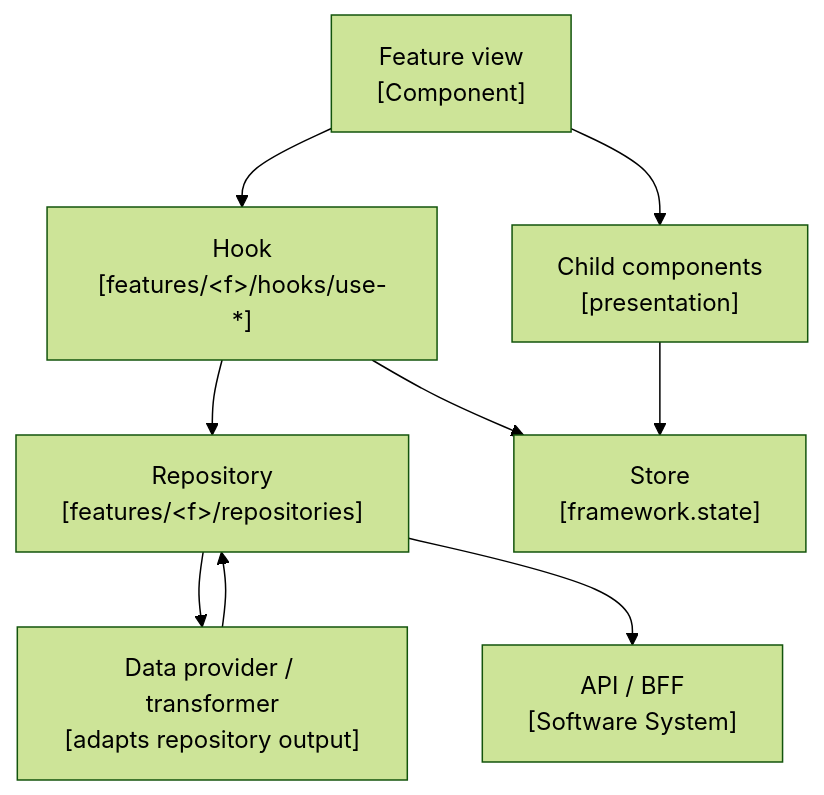
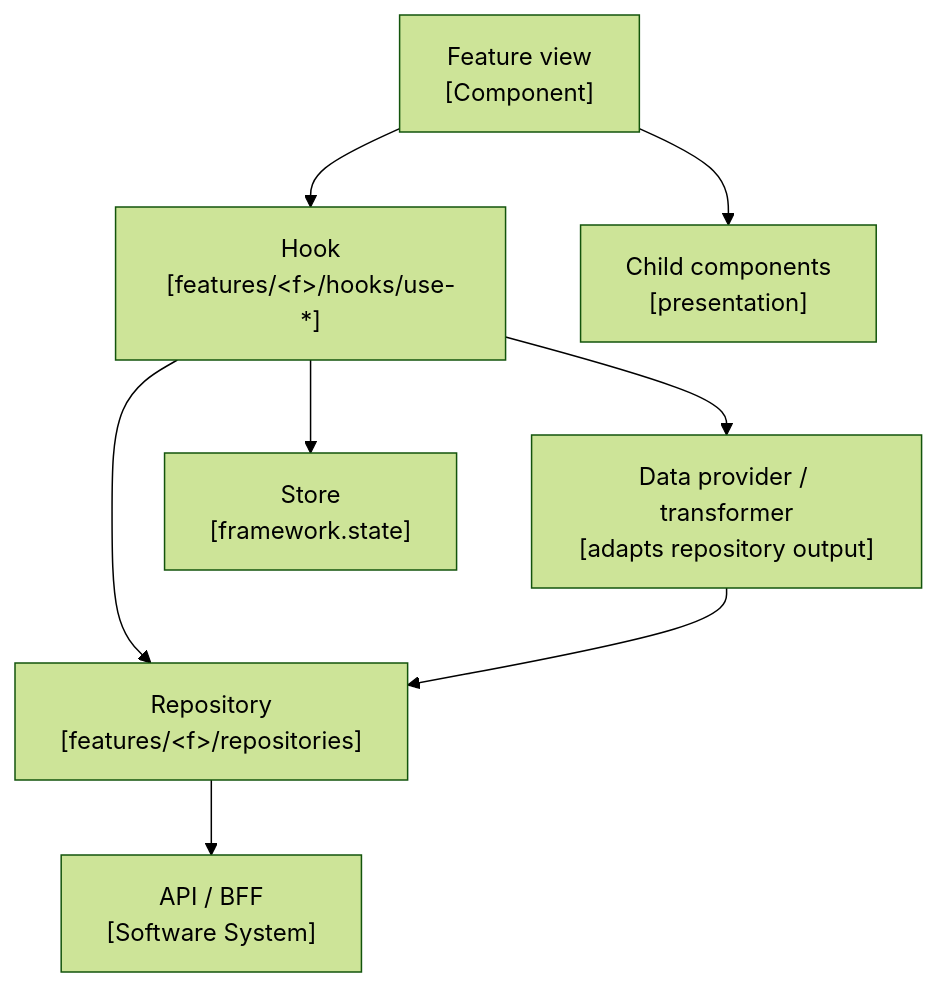
The first of 2 diagrams in plugins/react-frontend-sdlc/skills/architecture/SKILL.md (VilnaCRM-Org/claude-plugins), drawn with Mermaid (forest theme) before and after one commit. The commit also changed other lines of this file and 46 other files, not shown here.

````diff
--- a/plugins/react-frontend-sdlc/skills/architecture/SKILL.md
+++ b/plugins/react-frontend-sdlc/skills/architecture/SKILL.md
@@ -34,19 +34,18 @@
 ```mermaid
 flowchart TD
   api["API / BFF<br/>[Software System]"]
   repository["Repository<br/>[features/&lt;f&gt;/repositories]"]
   provider["Data provider / transformer<br/>[adapts repository output]"]
   feature["Feature view<br/>[Component]"]
   hook["Hook<br/>[features/&lt;f&gt;/hooks/use-*]"]
   store["Store<br/>[framework.state]"]
   child["Child components<br/>[presentation]"]
 
   feature --> hook
   feature --> child
+  hook --> provider
   hook --> repository
   hook --> store
-  repository --> provider
   provider --> repository
   repository --> api
-  child --> store
 ```
````
